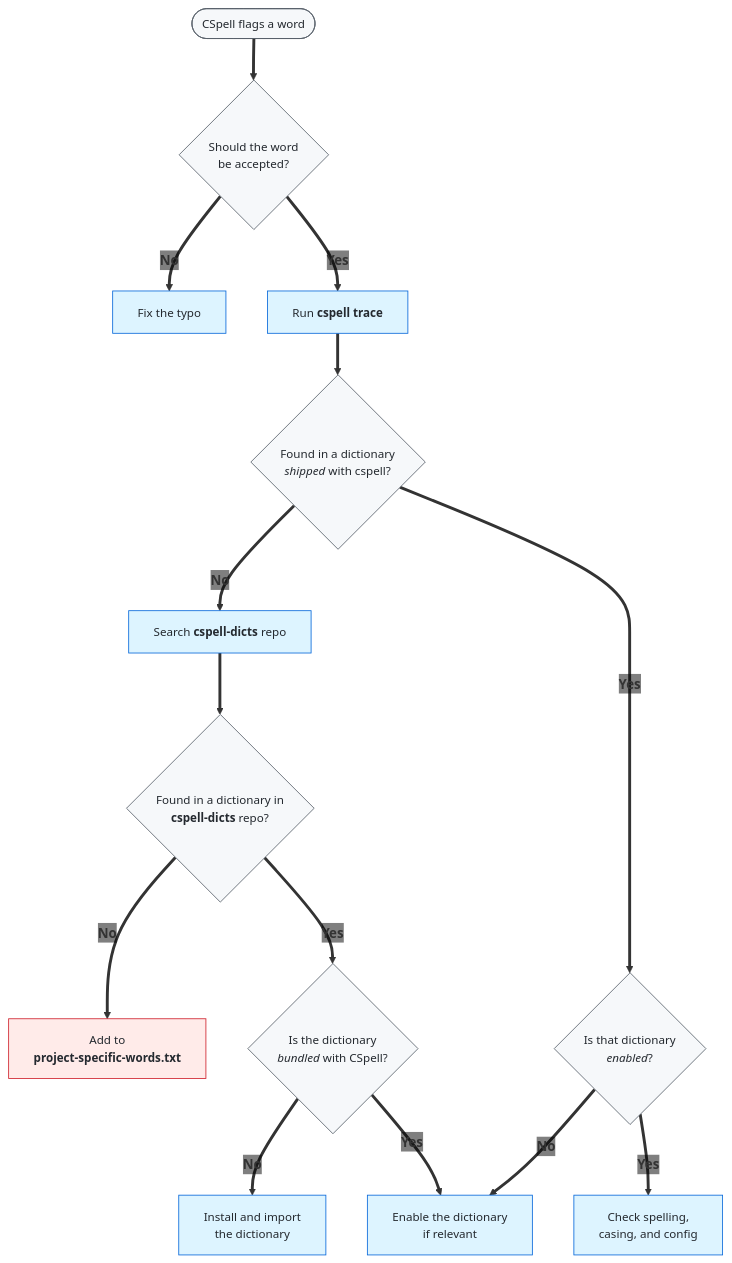
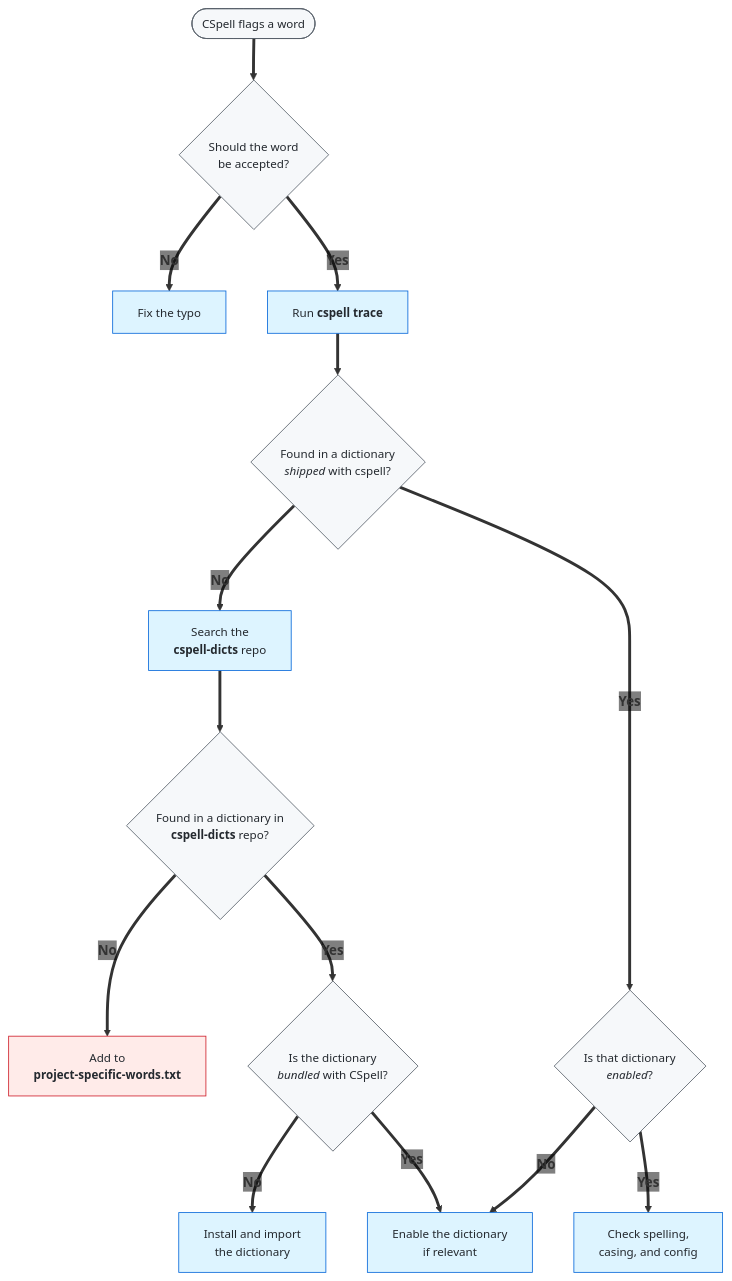
The diagram in .config/cspell/README.md (ScilifelabDataCentre/data-centre-template), drawn with Mermaid before and after one commit. The commit also changed other lines of this file, not shown here.

````diff
--- a/.config/cspell/README.md
+++ b/.config/cspell/README.md
@@ -75,36 +75,36 @@
 ```mermaid
 ---
 config:
   themeVariables:
     edgeLabelBackground: transparent
 ---
 flowchart TD
     A([CSpell flags a word]) ==> B{Should the word<br/>be accepted?}
 
     B ==>|"`**No**`"| C[Fix the typo]
     B ==>|"`**Yes**`"| D["`Run **cspell trace**`"]
 
     D ==> E{"`Found in a dictionary<br/>_shipped_ with cspell?`"}
 
-    E ==>|"`**No**`"| I["`Search **cspell-dicts** repo`"]
+    E ==>|"`**No**`"| I["`Search the </br> **cspell-dicts** repo`"]
     E ==>|"`**Yes**`"| F{"`Is that dictionary<br/>_enabled_?`"}
 
     F ==>|"`**No**`"| H[Enable the dictionary<br/>if relevant]
     F ==>|"`**Yes**`"| G[Check spelling,<br/>casing, and config]
 
     I ==> J{"`Found in a dictionary in </br> **cspell-dicts** repo?`"}
 
     J ==>|"`**No**`"| M["`Add to <br/> **project-specific-words.txt**`"]
     J ==>|"`**Yes**`"| K{"`Is the dictionary<br/>_bundled_ with CSpell?`"}
 
     K ==>|"`**No**`"| L[Install and import<br/>the dictionary]
     K ==>|"`**Yes**`"| H
 
     classDef neutral fill:#f6f8fa,stroke:#57606a,color:#24292f,font-size:14px;
     classDef do fill:#ddf4ff,stroke:#0969da,color:#24292f,font-size:14px;
     classDef fallback fill:#ffebe9,stroke:#cf222e,color:#24292f,font-size:14px;
 
     class A,B,E,F,J,K neutral; 
     class C,D,G,H,I,L do;
     class M fallback;
 ```
````
